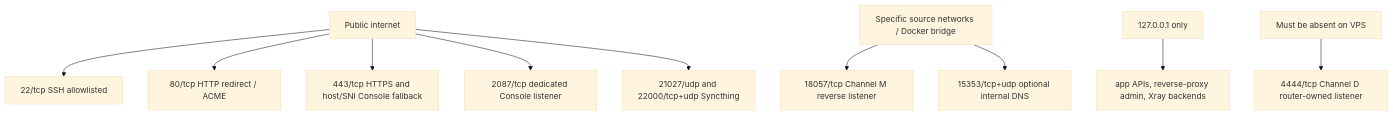
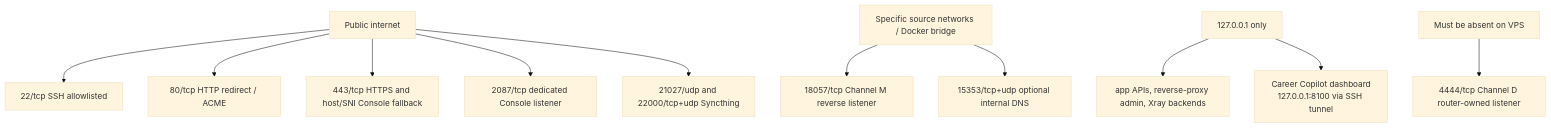
Before and after one commit to eiler2005/praefectus-ai: the third of 5 diagrams in docs/vps-runtime-map.md, drawn with Mermaid (base theme). The commit also changed other lines of this file and 6 other files, not shown here.

Commit message:
Document Career Copilot Hermes deployment

````diff
--- a/docs/vps-runtime-map.md
+++ b/docs/vps-runtime-map.md
@@ -199,19 +200,20 @@
 ```mermaid
 flowchart TB
   public[Public internet]
   restricted[Specific source networks / Docker bridge]
   loopback[127.0.0.1 only]
   absent[Must be absent on VPS]
 
   public --> p22[22/tcp SSH allowlisted]
   public --> p80[80/tcp HTTP redirect / ACME]
   public --> p443[443/tcp HTTPS and host/SNI Console fallback]
   public --> p2087[2087/tcp dedicated Console listener]
   public --> psync[21027/udp and 22000/tcp+udp Syncthing]
 
   restricted --> p18057[18057/tcp Channel M reverse listener]
   restricted --> p15353[15353/tcp+udp optional internal DNS]
 
   loopback --> localApps[app APIs, reverse-proxy admin, Xray backends]
+loopback --> careerCopilot[Career Copilot dashboard<br/>127.0.0.1:8100 via SSH tunnel]
   absent --> p4444[4444/tcp Channel D router-owned listener]
 ```
````
